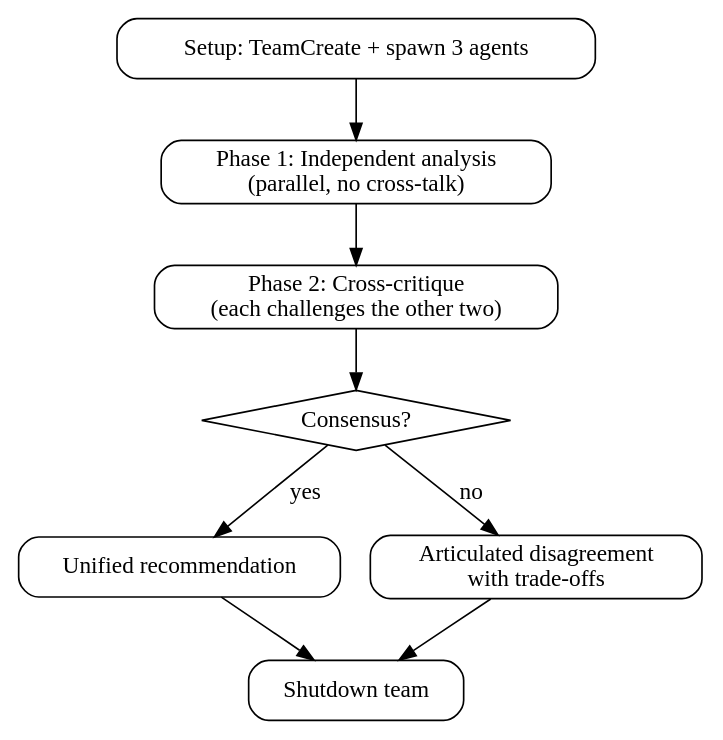
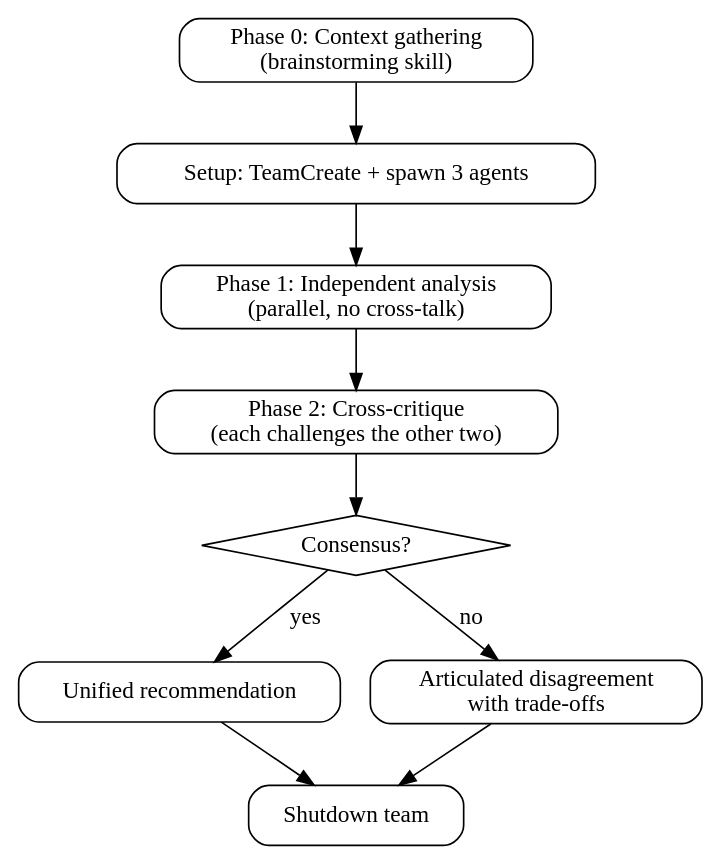
One commit to vinta/hal-9000 changed the diagram in skills/magi/SKILL.md. Above: the diagram before and after it, drawn with Graphviz. The commit also changed other lines of this file, not shown here.

First line of the commit message:
docs: add Phase 0 context gathering to magi workflow

````diff
--- a/skills/magi/SKILL.md
+++ b/skills/magi/SKILL.md
@@ -38,20 +38,21 @@
 ```dot
 digraph magi_flow {
     rankdir=TB;
     node [shape=box, style=rounded];
 
+    gather [label="Phase 0: Context gathering\n(brainstorming skill)"];
     setup [label="Setup: TeamCreate + spawn 3 agents"];
     p1 [label="Phase 1: Independent analysis\n(parallel, no cross-talk)"];
     p2 [label="Phase 2: Cross-critique\n(each challenges the other two)"];
     decide [label="Consensus?" shape=diamond style=""];
     yes [label="Unified recommendation"];
     no [label="Articulated disagreement\nwith trade-offs"];
     done [label="Shutdown team"];
 
-    setup -> p1 -> p2 -> decide;
+    gather -> setup -> p1 -> p2 -> decide;
     decide -> yes [label="yes"];
     decide -> no [label="no"];
     yes -> done;
     no -> done;
 }
 ```
````
